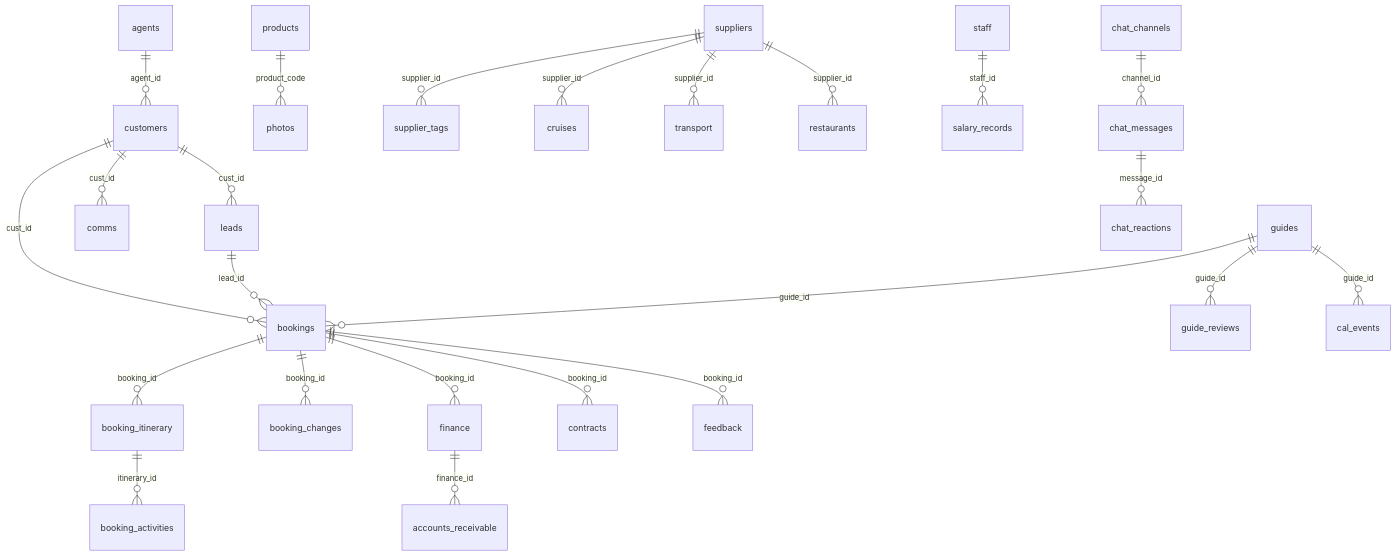
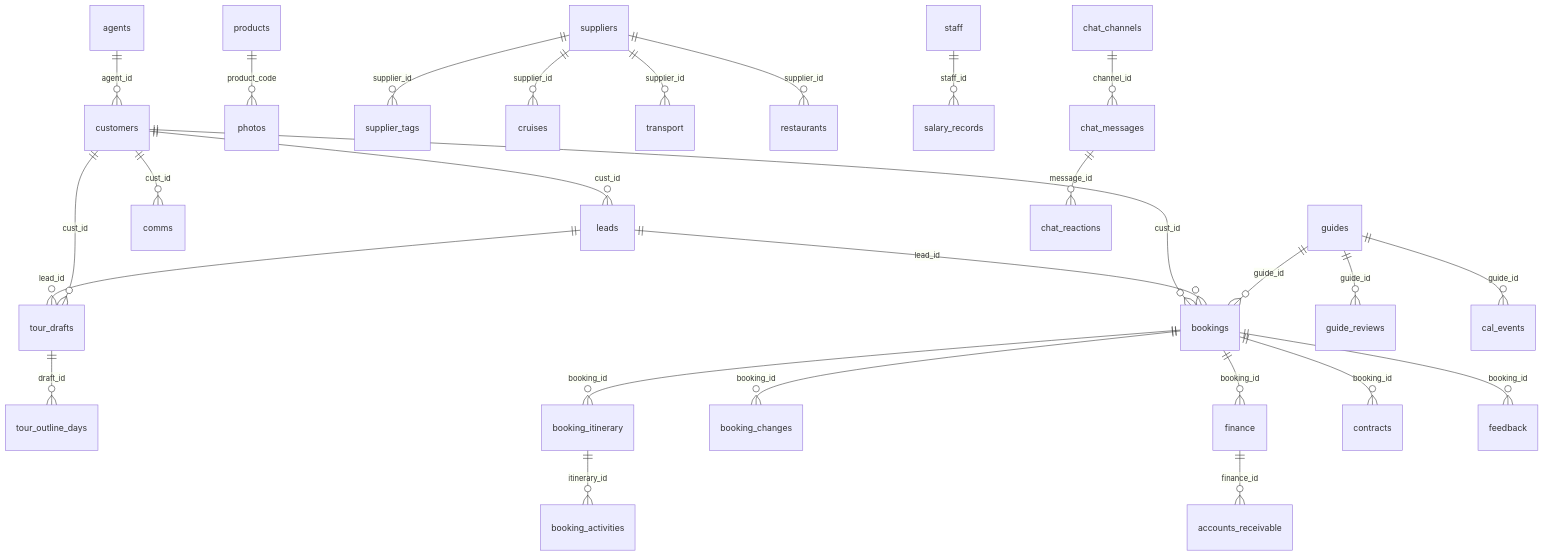
One commit to ThanhBinhAG/TheAntAdventure changed the diagram in docs/DATABASE.md. Above: the diagram before and after it, drawn with Mermaid. The commit also changed other lines of this file and 189 other files, not shown here.

````diff
--- a/docs/DATABASE.md
+++ b/docs/DATABASE.md
@@ -41,26 +41,29 @@
 ```mermaid
 erDiagram
   agents ||--o{ customers : "agent_id"
   customers ||--o{ leads : "cust_id"
+  leads ||--o{ tour_drafts : "lead_id"
+  tour_drafts ||--o{ tour_outline_days : "draft_id"
+  customers ||--o{ tour_drafts : "cust_id"
   customers ||--o{ bookings : "cust_id"
   customers ||--o{ comms : "cust_id"
   leads ||--o{ bookings : "lead_id"
   guides ||--o{ bookings : "guide_id"
   guides ||--o{ guide_reviews : "guide_id"
   guides ||--o{ cal_events : "guide_id"
   bookings ||--o{ booking_itinerary : "booking_id"
   bookings ||--o{ booking_changes : "booking_id"
   bookings ||--o{ finance : "booking_id"
   bookings ||--o{ contracts : "booking_id"
   bookings ||--o{ feedback : "booking_id"
   booking_itinerary ||--o{ booking_activities : "itinerary_id"
   finance ||--o{ accounts_receivable : "finance_id"
   products ||--o{ photos : "product_code"
   suppliers ||--o{ supplier_tags : "supplier_id"
   suppliers ||--o{ cruises : "supplier_id"
   suppliers ||--o{ transport : "supplier_id"
   suppliers ||--o{ restaurants : "supplier_id"
   staff ||--o{ salary_records : "staff_id"
   chat_channels ||--o{ chat_messages : "channel_id"
   chat_messages ||--o{ chat_reactions : "message_id"
 ```
````
